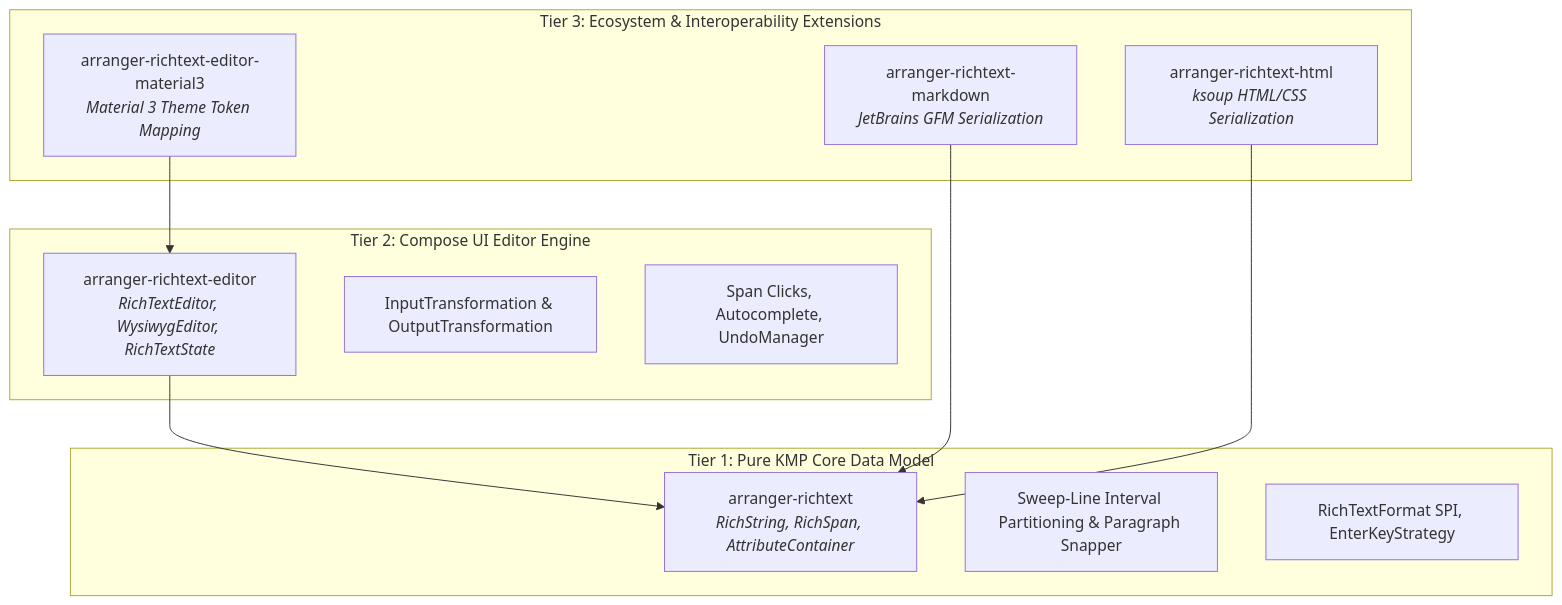
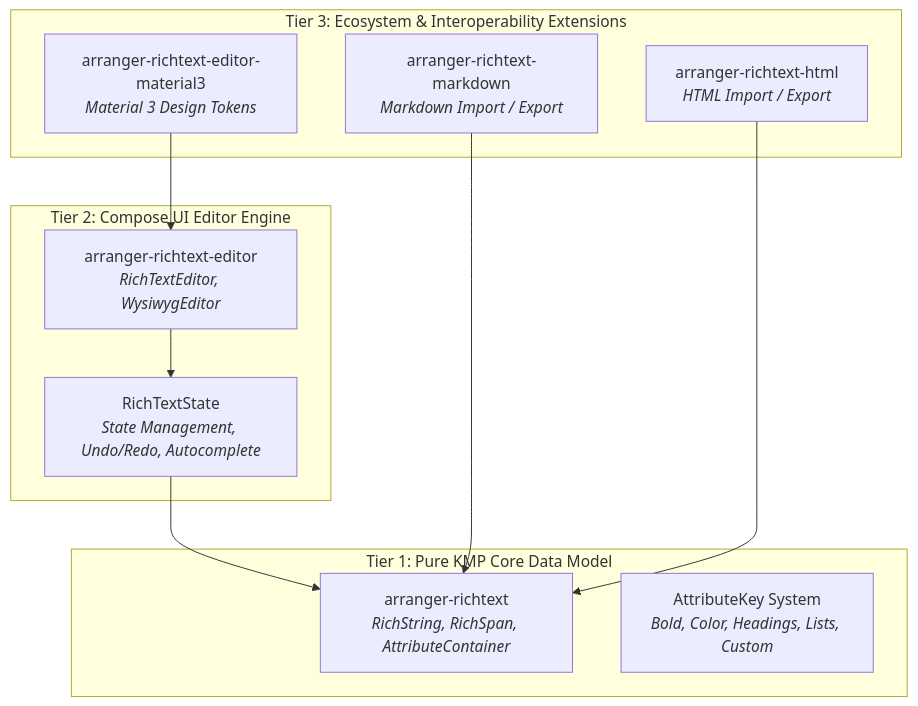
The first of 2 diagrams in docs/architecture/overview.md (mkeeda/arranger), drawn with Mermaid before and after one commit. The commit also changed other lines of this file and 1 other file, not shown here.

Commit message:
docs(architecture): refocus architecture guides on conceptual model and library usage

````diff
--- a/docs/architecture/overview.md
+++ b/docs/architecture/overview.md
@@ -15,25 +15,24 @@
 ```mermaid
 graph TD
     subgraph Extensions ["Tier 3: Ecosystem & Interoperability Extensions"]
-        M3["arranger-richtext-editor-material3<br/><i>Material 3 Theme Token Mapping</i>"]
-        MD["arranger-richtext-markdown<br/><i>JetBrains GFM Serialization</i>"]
-        HTML["arranger-richtext-html<br/><i>ksoup HTML/CSS Serialization</i>"]
+        M3["arranger-richtext-editor-material3<br/><i>Material 3 Design Tokens</i>"]
+        MD["arranger-richtext-markdown<br/><i>Markdown Import / Export</i>"]
+        HTML["arranger-richtext-html<br/><i>HTML Import / Export</i>"]
     end
 
     subgraph UI ["Tier 2: Compose UI Editor Engine"]
-        Editor["arranger-richtext-editor<br/><i>RichTextEditor, WysiwygEditor, RichTextState</i>"]
-        Transform["InputTransformation & OutputTransformation"]
-        Interaction["Span Clicks, Autocomplete, UndoManager"]
+        Editor["arranger-richtext-editor<br/><i>RichTextEditor, WysiwygEditor</i>"]
+        State["RichTextState<br/><i>State Management, Undo/Redo, Autocomplete</i>"]
     end
 
     subgraph Core ["Tier 1: Pure KMP Core Data Model"]
         Model["arranger-richtext<br/><i>RichString, RichSpan, AttributeContainer</i>"]
-        Algorithms["Sweep-Line Interval Partitioning & Paragraph Snapper"]
-        SPI["RichTextFormat SPI, EnterKeyStrategy"]
+        Keys["AttributeKey System<br/><i>Bold, Color, Headings, Lists, Custom</i>"]
     end
 
     M3 --> Editor
-    Editor --> Model
+    Editor --> State
+    State --> Model
     MD --> Model
     HTML --> Model
 ```
````
